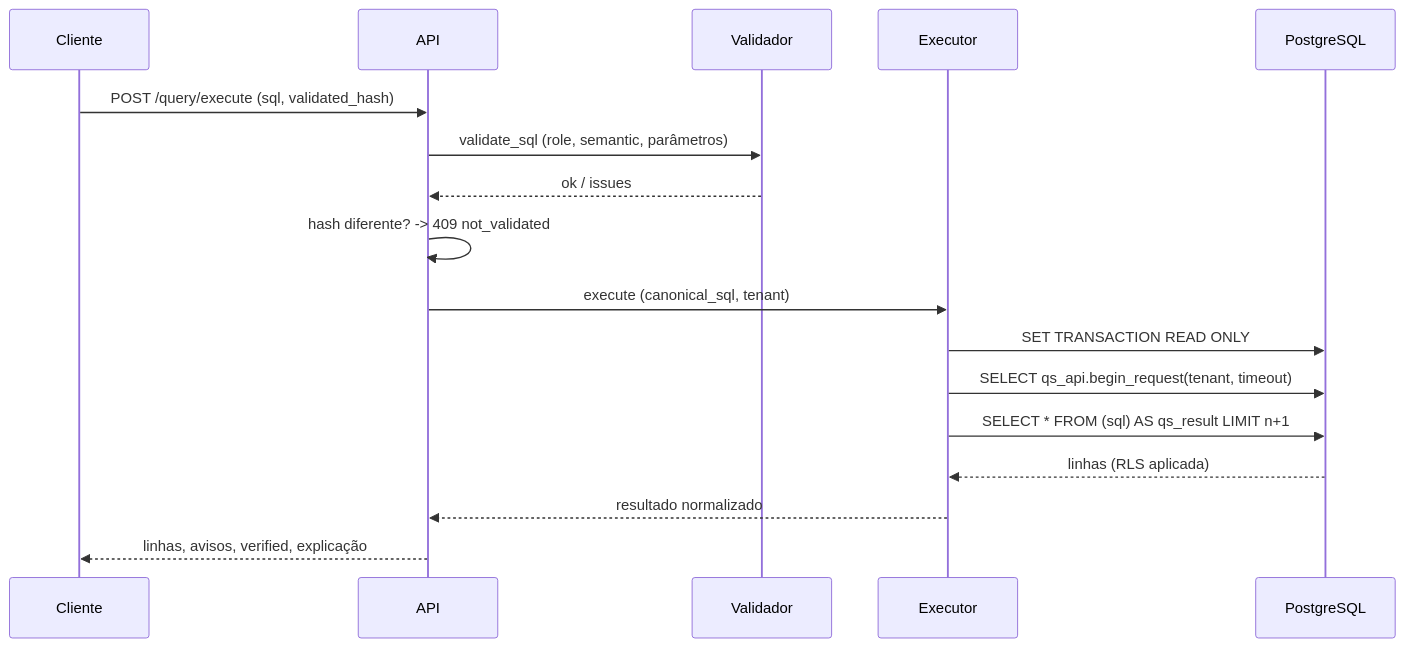
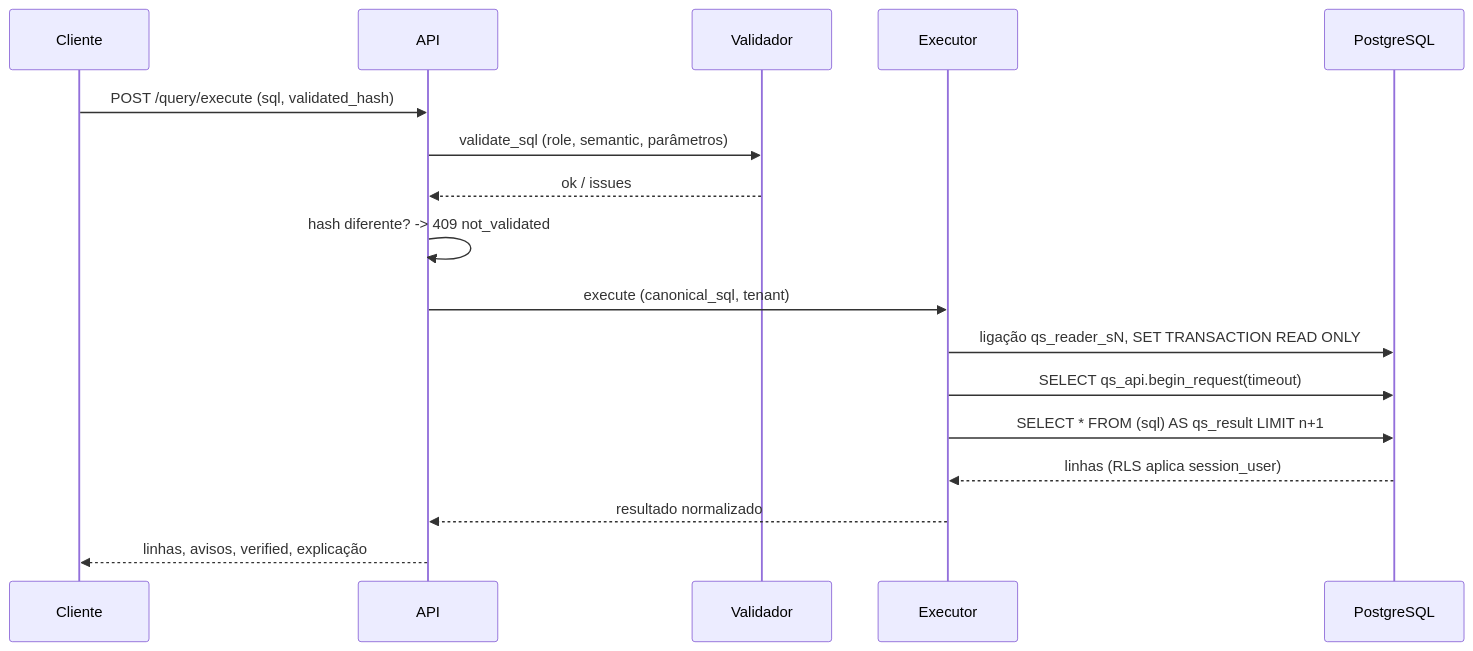
One commit to agataofrancisco/queryshield changed the second of 2 diagrams in docs/architecture.md. Above: the diagram before and after it, drawn with Mermaid. The commit also changed other lines of this file and 32 other files, not shown here.

````diff
--- a/docs/architecture.md
+++ b/docs/architecture.md
@@ -40,19 +42,19 @@
 ```mermaid
 sequenceDiagram
     participant C as Cliente
     participant A as API
     participant V as Validador
     participant E as Executor
     participant D as PostgreSQL
     C->>A: POST /query/execute (sql, validated_hash)
     A->>V: validate_sql (role, semantic, parâmetros)
     V-->>A: ok / issues
     A->>A: hash diferente? -> 409 not_validated
     A->>E: execute (canonical_sql, tenant)
-    E->>D: SET TRANSACTION READ ONLY
-    E->>D: SELECT qs_api.begin_request(tenant, timeout)
+    E->>D: ligação qs_reader_sN, SET TRANSACTION READ ONLY
+    E->>D: SELECT qs_api.begin_request(timeout)
     E->>D: SELECT * FROM (sql) AS qs_result LIMIT n+1
-    D-->>E: linhas (RLS aplicada)
+    D-->>E: linhas (RLS aplica session_user)
     E-->>A: resultado normalizado
     A-->>C: linhas, avisos, verified, explicação
 ```
````
